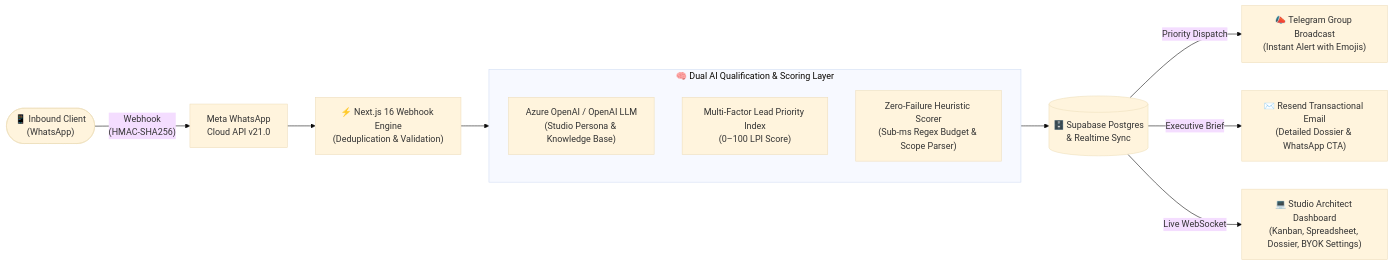
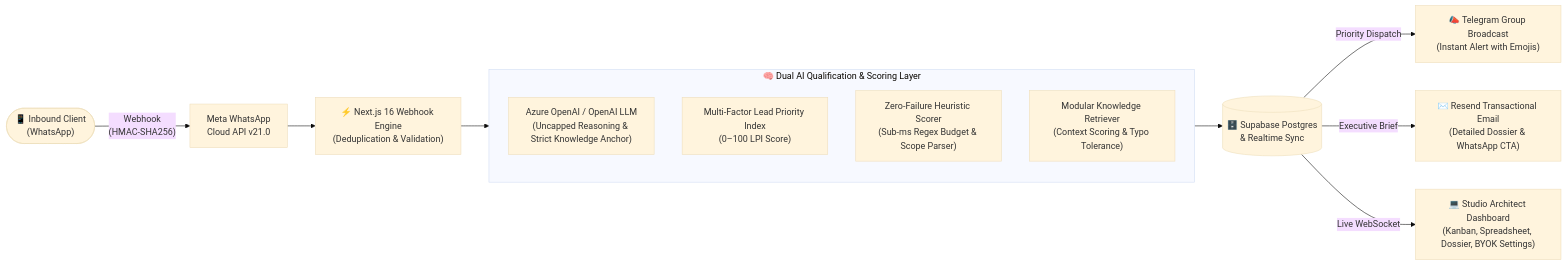
One commit to 25sampod/marketing-machine changed the first of 2 diagrams in README.md. Above: the diagram before and after it, drawn with Mermaid (base theme). The commit also changed other lines of this file, not shown here.

Commit message:
docs: update README with 45 test suites, modular knowledge engine, uncapped AI reasoning, and realtime presence

````diff
--- a/README.md
+++ b/README.md
@@ -47,18 +47,19 @@
 ```mermaid
 flowchart LR
     Client(["📱 Inbound Client\n(WhatsApp)"]) -->|"Webhook\n(HMAC-SHA256)"| Meta["Meta WhatsApp\nCloud API v21.0"]
     Meta --> NextEngine["⚡ Next.js 16 Webhook Engine\n(Deduplication & Validation)"]
     
     subgraph AI_Intelligence ["🧠 Dual AI Qualification & Scoring Layer"]
-        LLM["Azure OpenAI / OpenAI LLM\n(Studio Persona & Knowledge Base)"]
+        LLM["Azure OpenAI / OpenAI LLM\n(Uncapped Reasoning & Strict Knowledge Anchor)"]
         LPI["Multi-Factor Lead Priority Index\n(0–100 LPI Score)"]
         Fallback["Zero-Failure Heuristic Scorer\n(Sub-ms Regex Budget & Scope Parser)"]
+        Retriever["Modular Knowledge Retriever\n(Context Scoring & Typo Tolerance)"]
     end
     
     NextEngine --> AI_Intelligence
     AI_Intelligence --> Supabase[("🗄️ Supabase Postgres\n& Realtime Sync")]
     
     Supabase -->|"Priority Dispatch"| Telegram["📣 Telegram Group Broadcast\n(Instant Alert with Emojis)"]
     Supabase -->|"Executive Brief"| Email["✉️ Resend Transactional Email\n(Detailed Dossier & WhatsApp CTA)"]
     Supabase -->|"Live WebSocket"| Dashboard["💻 Studio Architect Dashboard\n(Kanban, Spreadsheet, Dossier, BYOK Settings)"]
 ```
````
